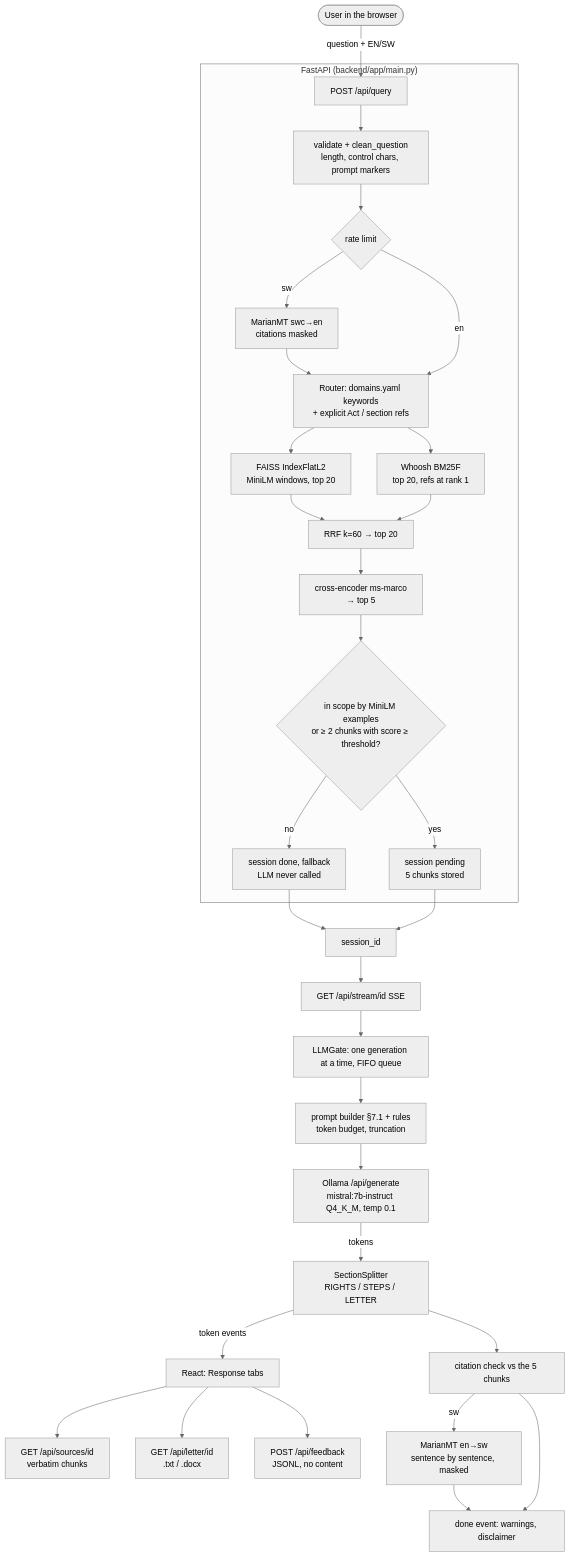
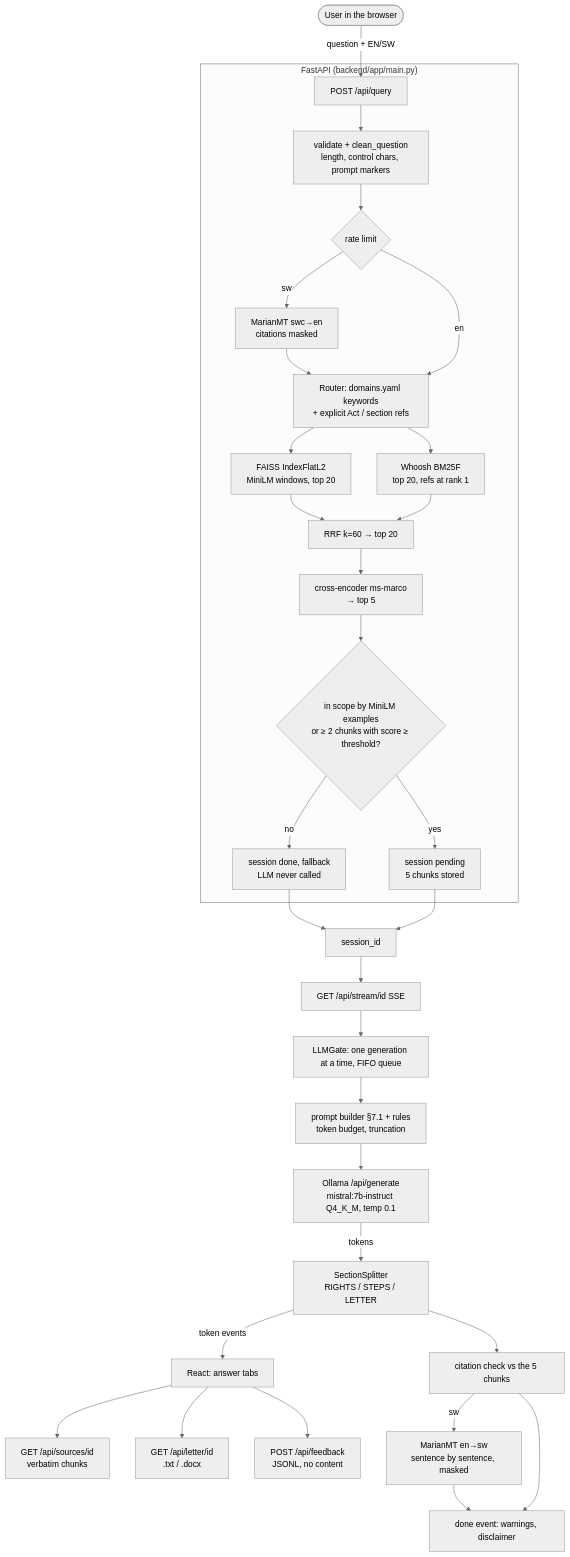
The first of 2 diagrams in docs/ARCHITECTURE_AS_BUILT.md (raykl640/ICS-PROJECT), drawn with Mermaid (neutral theme) before and after one commit. The commit also changed other lines of this file and 92 other files, not shown here.

````diff
--- a/docs/ARCHITECTURE_AS_BUILT.md
+++ b/docs/ARCHITECTURE_AS_BUILT.md
@@ -9,34 +9,34 @@
 ```mermaid
 flowchart TD
     U([User in the browser]) -->|question + EN/SW| Q[POST /api/query]
     subgraph API["FastAPI (backend/app/main.py)"]
         Q --> V[validate + clean_question<br/>length, control chars, prompt markers]
         V --> RL{rate limit}
         RL -->|sw| T1[MarianMT swc→en<br/>citations masked]
         RL -->|en| R
         T1 --> R[Router: domains.yaml keywords<br/>+ explicit Act / section refs]
         R --> D[FAISS IndexFlatL2<br/>MiniLM windows, top 20]
         R --> S[Whoosh BM25F<br/>top 20, refs at rank 1]
         D --> F[RRF k=60 → top 20]
         S --> F
         F --> X[cross-encoder ms-marco<br/>→ top 5]
         X --> C{in scope by MiniLM examples<br/>or ≥ 2 chunks with score ≥ threshold?}
         C -->|no| N[session done, fallback<br/>LLM never called]
         C -->|yes| P[session pending<br/>5 chunks stored]
     end
     N --> SID[session_id]
     P --> SID
     SID --> ST[GET /api/stream/id  SSE]
     ST --> G[LLMGate: one generation at a time, FIFO queue]
     G --> PB[prompt builder §7.1 + rules<br/>token budget, truncation]
     PB --> O[Ollama /api/generate<br/>mistral:7b-instruct Q4_K_M, temp 0.1]
     O -->|tokens| SP[SectionSplitter<br/>RIGHTS / STEPS / LETTER]
-    SP -->|token events| UI[React: Response tabs]
+    SP -->|token events| UI[React: answer tabs]
     SP --> CC[citation check vs the 5 chunks]
     CC -->|sw| T2[MarianMT en→sw<br/>sentence by sentence, masked]
     CC --> DONE[done event: warnings, disclaimer]
     T2 --> DONE
     UI --> SRC[GET /api/sources/id<br/>verbatim chunks]
     UI --> LET[GET /api/letter/id<br/>.txt / .docx]
     UI --> FB[POST /api/feedback<br/>JSONL, no content]
 ```
````
